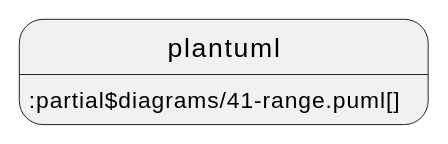
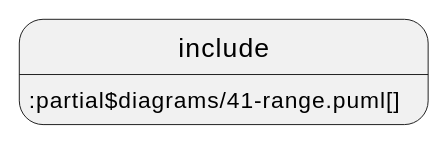
One commit to acplt/aas-specs changed diagram 14 of 18 in documentation/IDTA-01001/modules/ROOT/pages/spec-metamodel/submodel-elements.adoc. Above: the diagram before and after it, drawn with PlantUML. The commit also changed other lines of this file and 14 other files, not shown here.

First line of the commit message:
Revert "Use plantuml instead of include and test ./"

```diff
--- a/documentation/IDTA-01001/modules/ROOT/pages/spec-metamodel/submodel-elements.adoc
+++ b/documentation/IDTA-01001/modules/ROOT/pages/spec-metamodel/submodel-elements.adoc
@@ -671,4 +671,4 @@
 [plantuml, 41-range, svg]
 ....
-plantuml::partial$diagrams/41-range.puml[]
+include::partial$diagrams/41-range.puml[]
 ....
```
